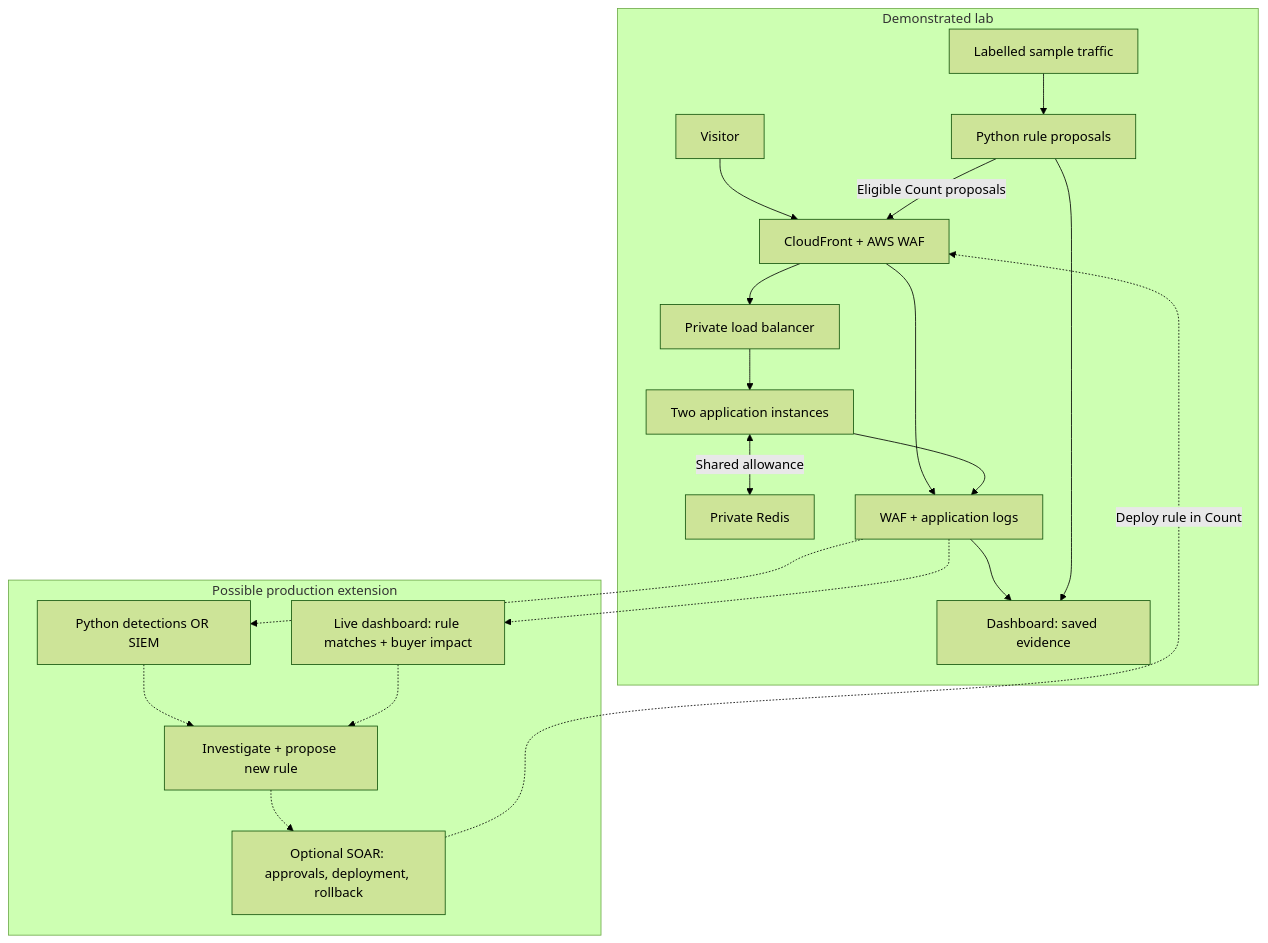
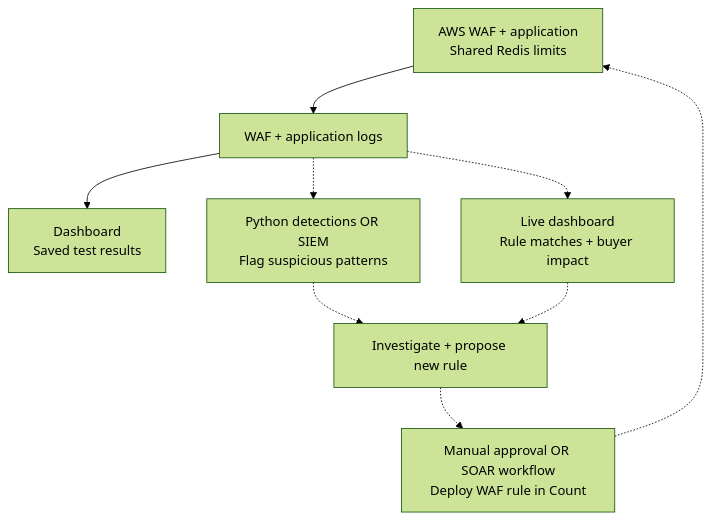
The diagram in README.md (kenydebo/marketplace-traffic-defence-lab), drawn with Mermaid (forest theme) before and after one commit.

Commit message:
Keep the diagram focused on investigation and rule rollout

````diff
--- a/README.md
+++ b/README.md
@@ -7,27 +7,11 @@
 ```mermaid
 flowchart TB
-    subgraph Demo[Demonstrated lab]
-        Visitor[Visitor] --> WAF[CloudFront + AWS WAF]
-        WAF --> ALB[Private load balancer]
-        ALB --> App[Two application instances]
-        App <-->|Shared allowance| Redis[Private Redis]
-        WAF --> Logs[WAF + application logs]
-        App --> Logs
-        Logs --> Dashboard[Dashboard: saved evidence]
-        Sample[Labelled sample traffic] --> Script[Python rule proposals]
-        Script --> Dashboard
-        Script -->|Eligible Count proposals| WAF
-    end
-    subgraph Extension[Possible production extension]
-        Detect[Python detections OR SIEM]
-        Review[Investigate + propose new rule]
-        SOAR[Optional SOAR: approvals, deployment, rollback]
-        Live[Live dashboard: rule matches + buyer impact]
-        Detect -.-> Review
-        Review -.-> SOAR
-        Live -.-> Review
-    end
-    Logs -.-> Detect
-    Logs -.-> Live
-    SOAR -.->|Deploy rule in Count| WAF
+    AWS["AWS WAF + application<br/>Shared Redis limits"] --> Logs[WAF + application logs]
+    Logs --> Saved["Dashboard<br/>Saved test results"]
+    Logs -.-> Detection["Python detections OR SIEM<br/>Flag suspicious patterns"]
+    Detection -.-> Review["Investigate + propose new rule"]
+    Review -.-> Response["Manual approval OR SOAR workflow<br/>Deploy WAF rule in Count"]
+    Response -.-> AWS
+    Logs -.-> Live["Live dashboard<br/>Rule matches + buyer impact"]
+    Live -.-> Review
 ```
````
